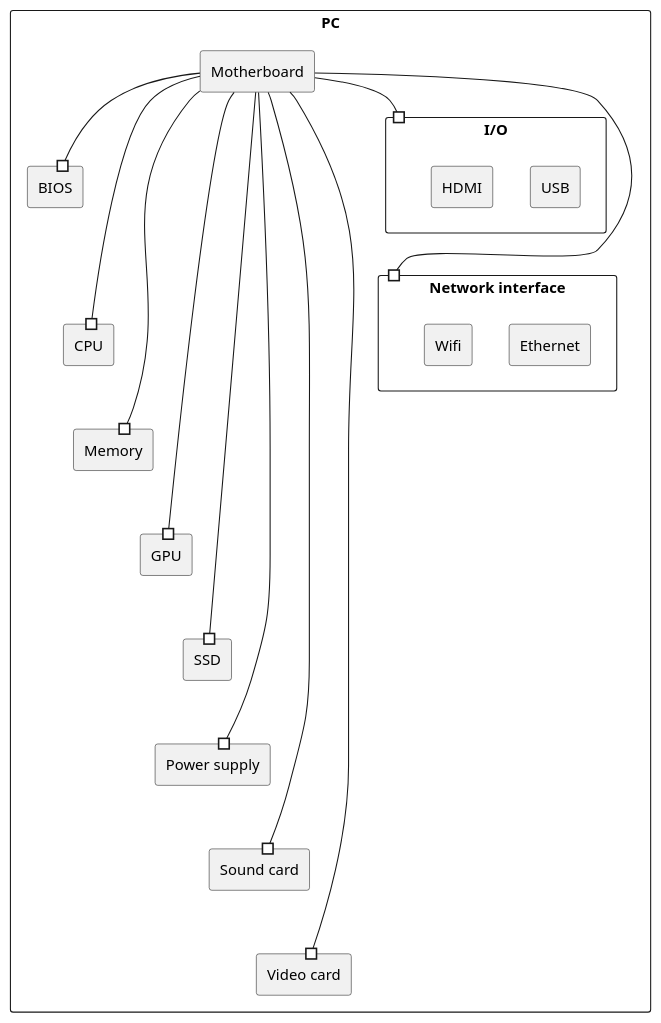
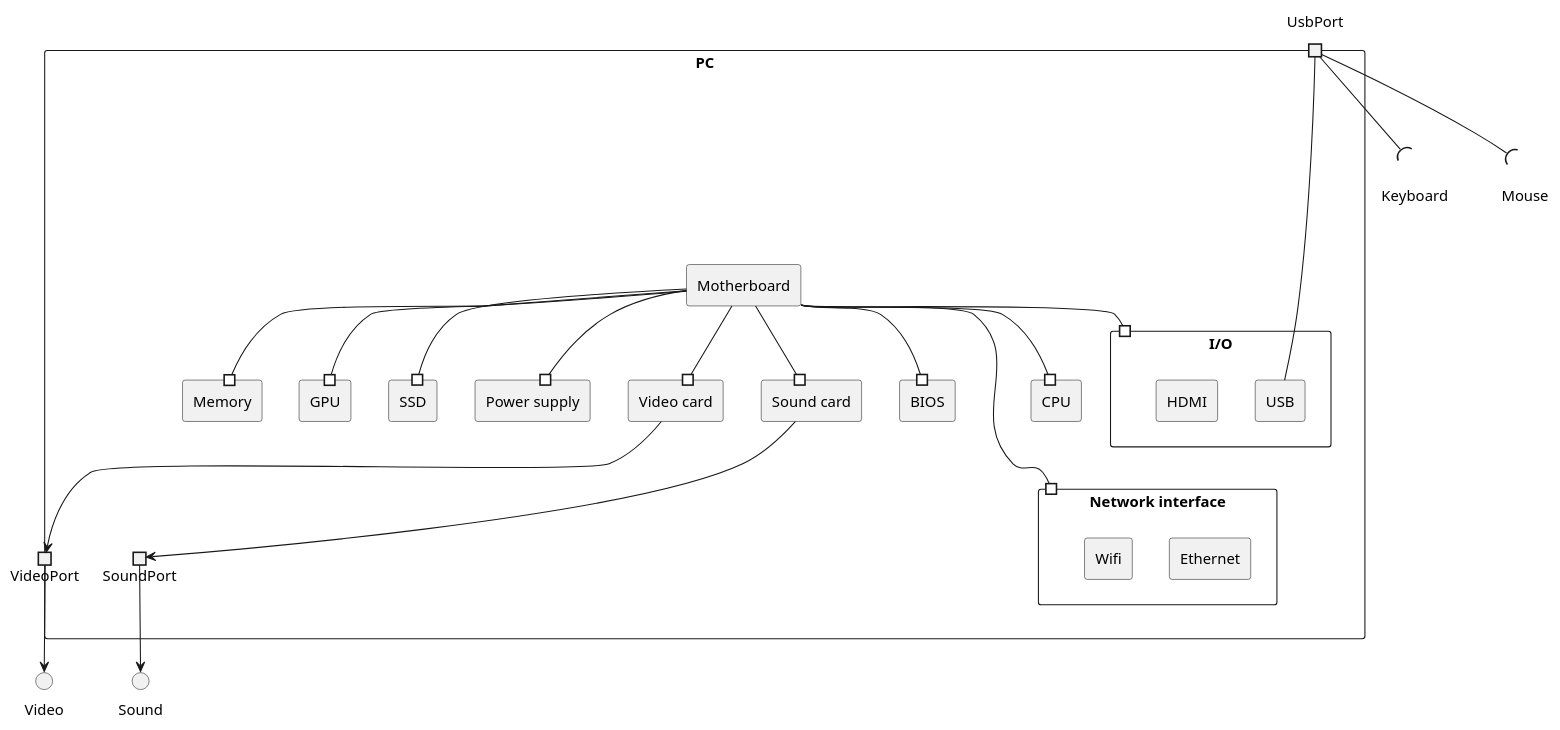
One commit to yzkn/PlantUML-CheatSheet changed the first of 3 diagrams in src/05-005-合成構造図.md. Above: the diagram before and after it, drawn with PlantUML.

````diff
--- a/src/05-005-合成構造図.md
+++ b/src/05-005-合成構造図.md
@@ -3,60 +3,79 @@
 ```plantuml
 
 @startuml
 
 skinparam componentStyle rectangle
 
 skinparam interface {
     Shadowing false
     BorderColor<<hidden>> transparent
     BackgroundColor<<hidden>> transparent
     ' FontColor<<hidden>> transparent
 }
 
 hide <<hidden>> stereotype
 
+
+interface Sound
+interface Video
+interface Keyboard <<hidden>>
+interface Mouse <<hidden>>
 
 component PC {
     component Motherboard
     component BIOS
     component CPU
     component Memory
     component GPU
     component SSD
     component "Power supply" as PowerSupply
     component "Sound card" as SoundCard
     component "Video card" as VideoCard
     component I/O as IO {
         component USB
         component HDMI
     }
     component "Network interface" as NetworkInterface{
         component Ethernet
         component Wifi
     }
 
+    port UsbPort
+    portout SoundPort
+    portout VideoPort
+
+    USB -- UsbPort
+    SoundCard --> SoundPort
+    VideoCard --> VideoPort
+
     Motherboard --# BIOS
     Motherboard --# CPU
     Motherboard --# Memory
     Motherboard --# GPU
     Motherboard --# SSD
     Motherboard --# PowerSupply
+
     Motherboard --# SoundCard
     Motherboard --# VideoCard
     Motherboard --# IO
     Motherboard --# NetworkInterface
 
-    BIOS -[hidden]-> CPU
-    CPU -[hidden]-> Memory
-    Memory -[hidden]-> GPU
-    GPU -[hidden]-> SSD
-    SSD -[hidden]-> PowerSupply
-    PowerSupply -[hidden]-> SoundCard
-    SoundCard -[hidden]-> VideoCard
+    ' BIOS -[hidden]-> CPU
+    ' CPU -[hidden]-> Memory
+    ' Memory -[hidden]-> GPU
+    ' GPU -[hidden]-> SSD
+    ' SSD -[hidden]-> PowerSupply
+    ' PowerSupply -[hidden]-> SoundCard
+    ' SoundCard -[hidden]-> VideoCard
 
     IO -[hidden]-> NetworkInterface
 }
 
+UsbPort --( Keyboard
+UsbPort --( Mouse
+SoundPort --> Sound
+VideoPort --> Video
+
 @enduml
 
 ```
````
